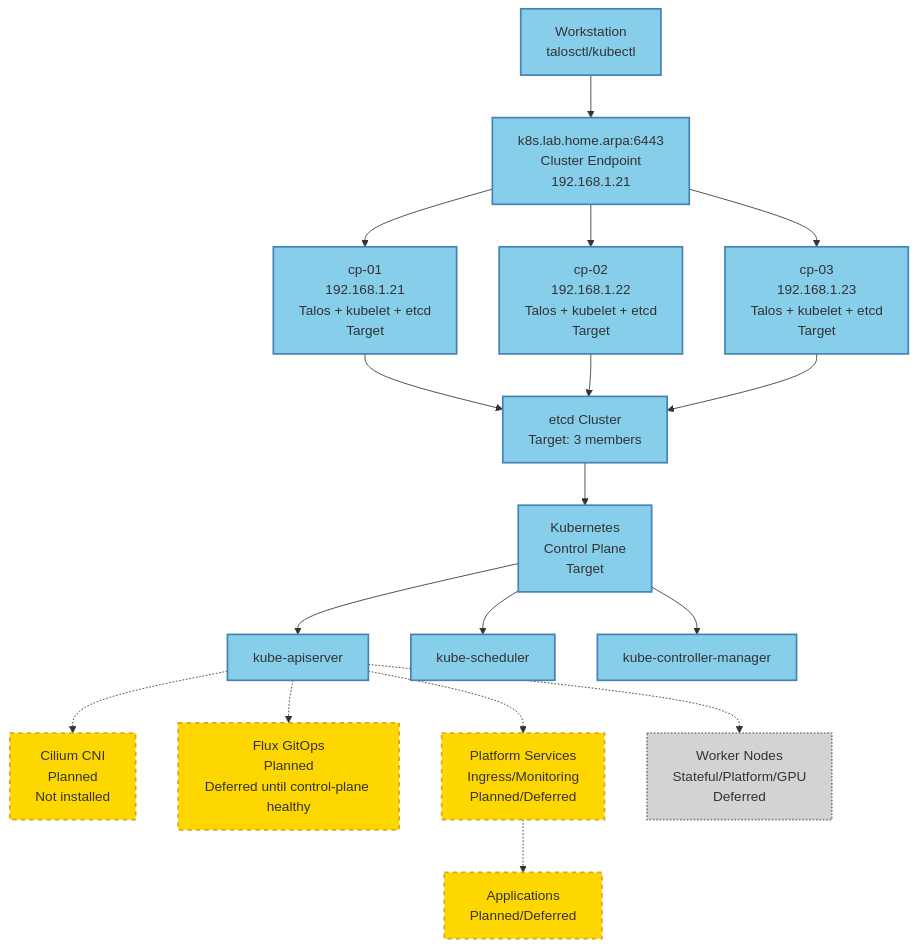
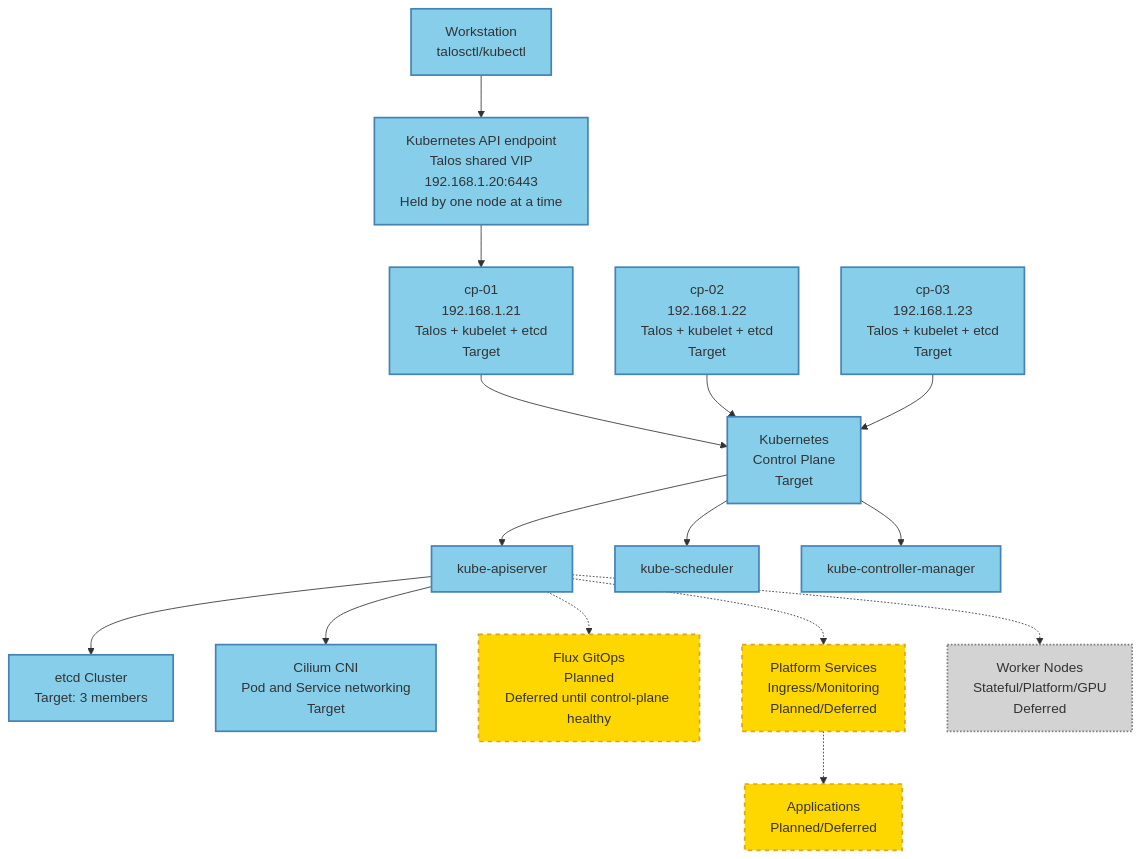
The diagram in diagrams/logical-cluster-topology.md (Okja-Engineering/home-lab), drawn with Mermaid before and after one commit. The commit also changed other lines of this file, not shown here.

Commit message:
docs(diagrams): show the VIP and Cilium without kube-proxy
The logical diagram drew the endpoint as a DNS name fanning out to all three nodes, pointed etcd at the control plane, drew Cilium as planned and listed kube-proxy as a node component.

It now shows the Talos shared VIP on one node at a time (ADR-006), kube-apiserver storing state in etcd, and Cilium as part of the Phase 2 target with no kube-proxy (ADR-005). The "Network Layers" groups lose their Layer 1 to 3 numbers, which put API ports under "Layer 2".

Part of #24.

````diff
--- a/diagrams/logical-cluster-topology.md
+++ b/diagrams/logical-cluster-topology.md
@@ -13,43 +13,41 @@
 ```mermaid
 graph TB
     Workstation[Workstation<br/>talosctl/kubectl]
-    Endpoint[k8s.lab.home.arpa:6443<br/>Cluster Endpoint<br/>192.168.1.21]
+    VIP[Kubernetes API endpoint<br/>Talos shared VIP<br/>192.168.1.20:6443<br/>Held by one node at a time]
     cp01[cp-01<br/>192.168.1.21<br/>Talos + kubelet + etcd<br/>Target]
     cp02[cp-02<br/>192.168.1.22<br/>Talos + kubelet + etcd<br/>Target]
     cp03[cp-03<br/>192.168.1.23<br/>Talos + kubelet + etcd<br/>Target]
     etcd[etcd Cluster<br/>Target: 3 members]
     k8s[Kubernetes<br/>Control Plane<br/>Target]
     apiserver[kube-apiserver]
     scheduler[kube-scheduler]
     controller[kube-controller-manager]
-    Cilium[Cilium CNI<br/>Planned<br/>Not installed]
+    Cilium[Cilium CNI<br/>Pod and Service networking<br/>Target]
     Flux[Flux GitOps<br/>Planned<br/>Deferred until control-plane healthy]
     Platform[Platform Services<br/>Ingress/Monitoring<br/>Planned/Deferred]
     Apps[Applications<br/>Planned/Deferred]
     Workers[Worker Nodes<br/>Stateful/Platform/GPU<br/>Deferred]
 
-    Workstation --> Endpoint
-    Endpoint --> cp01
-    Endpoint --> cp02
-    Endpoint --> cp03
-    cp01 --> etcd
-    cp02 --> etcd
-    cp03 --> etcd
-    etcd --> k8s
+    Workstation --> VIP
+    VIP --> cp01
+    cp01 --> k8s
+    cp02 --> k8s
+    cp03 --> k8s
     k8s --> apiserver
     k8s --> scheduler
     k8s --> controller
-    apiserver -.-> Cilium
+    apiserver --> etcd
+    apiserver --> Cilium
     apiserver -.-> Flux
     apiserver -.-> Platform
     Platform -.-> Apps
     apiserver -.-> Workers
 
     classDef target fill:#87CEEB,stroke:#4682B4,stroke-width:2px
     classDef planned fill:#FFD700,stroke:#DAA520,stroke-width:2px,stroke-dasharray: 5 5
     classDef future fill:#D3D3D3,stroke:#808080,stroke-width:2px,stroke-dasharray: 2 2
 
-    class Workstation,Endpoint,cp01,cp02,cp03,etcd,k8s,apiserver,scheduler,controller target
-    class Cilium,Flux,Platform,Apps planned
+    class Workstation,VIP,cp01,cp02,cp03,etcd,k8s,apiserver,scheduler,controller,Cilium target
+    class Flux,Platform,Apps planned
     class Workers future
 ```
````
